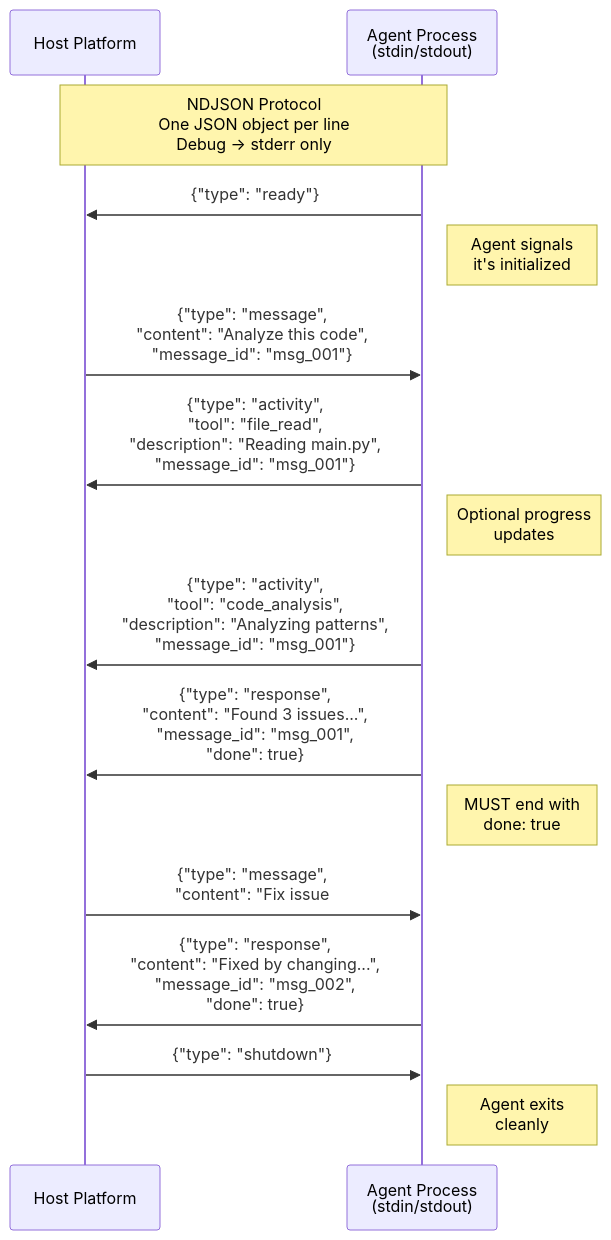
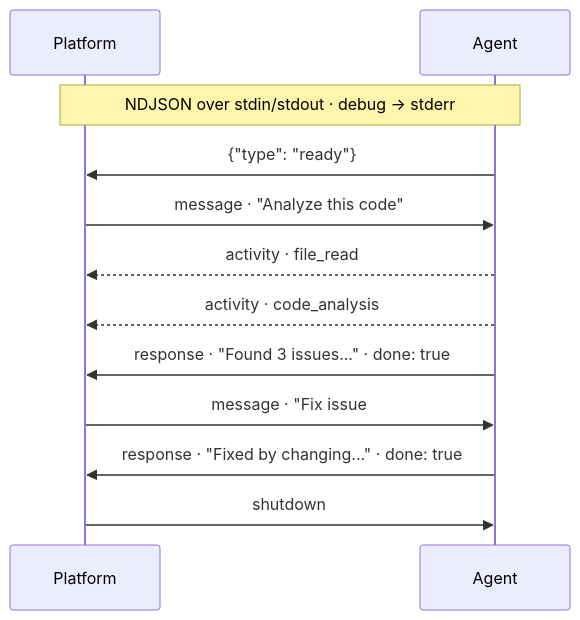
One commit to andybrowning5/primordial-agentstore changed the diagram in docs/diagrams/protocol-messages.mmd. Above: the diagram before and after it, drawn with Mermaid. The commit also changed 18 other files, not shown here.

First line of the commit message:
Redesign diagrams with dark minimal theme

```diff
--- a/docs/diagrams/protocol-messages.mmd
+++ b/docs/diagrams/protocol-messages.mmd
@@ -1,25 +1,18 @@
 sequenceDiagram
-    participant Platform as Host Platform
-    participant Agent as Agent Process<br/>(stdin/stdout)
+    participant P as Platform
+    participant A as Agent
 
-    Note over Platform,Agent: NDJSON Protocol<br/>One JSON object per line<br/>Debug → stderr only
+    Note over P,A: NDJSON over stdin/stdout · debug → stderr
 
-    Agent->>Platform: {"type": "ready"}
-    Note right of Agent: Agent signals<br/>it's initialized
+    A->>P: {"type": "ready"}
 
-    Platform->>Agent: {"type": "message",<br/>"content": "Analyze this code",<br/>"message_id": "msg_001"}
+    P->>A: message · "Analyze this code"
 
-    Agent->>Platform: {"type": "activity",<br/>"tool": "file_read",<br/>"description": "Reading main.py",<br/>"message_id": "msg_001"}
-    Note right of Agent: Optional progress<br/>updates
+    A-->>P: activity · file_read
+    A-->>P: activity · code_analysis
+    A->>P: response · "Found 3 issues..." · done: true
 
-    Agent->>Platform: {"type": "activity",<br/>"tool": "code_analysis",<br/>"description": "Analyzing patterns",<br/>"message_id": "msg_001"}
+    P->>A: message · "Fix issue #1"
+    A->>P: response · "Fixed by changing..." · done: true
 
-    Agent->>Platform: {"type": "response",<br/>"content": "Found 3 issues...",<br/>"message_id": "msg_001",<br/>"done": true}
-    Note right of Agent: MUST end with<br/>done: true
-
-    Platform->>Agent: {"type": "message",<br/>"content": "Fix issue #1",<br/>"message_id": "msg_002"}
-
-    Agent->>Platform: {"type": "response",<br/>"content": "Fixed by changing...",<br/>"message_id": "msg_002",<br/>"done": true}
-
-    Platform->>Agent: {"type": "shutdown"}
-    Note right of Agent: Agent exits<br/>cleanly
+    P->>A: shutdown
```
